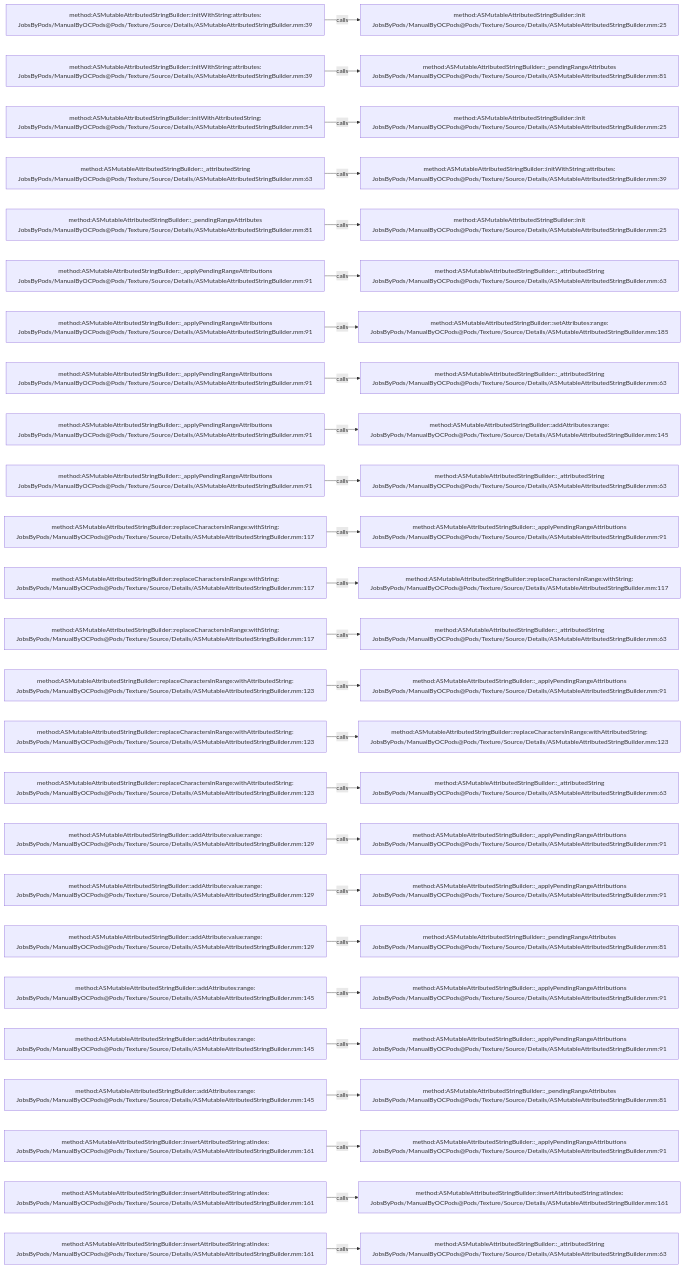
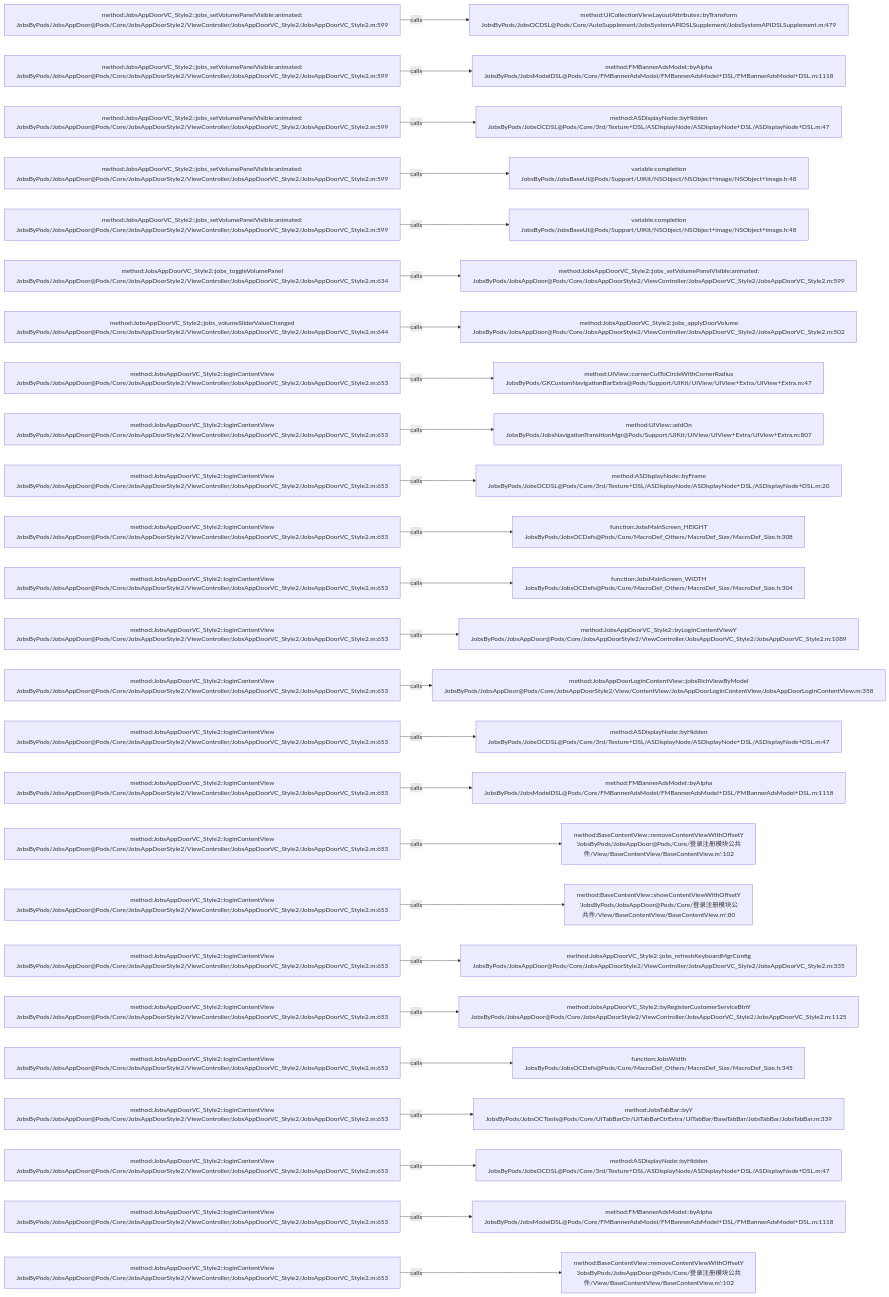
The diagram in .codegraph/codegraph.md/graphs/calls-143.md (JobsKits/JobsOCBaseConfigDemo), drawn with Mermaid before and after one commit. The commit also changed 768 other files, not shown here.

````diff
--- a/.codegraph/codegraph.md/graphs/calls-143.md
+++ b/.codegraph/codegraph.md/graphs/calls-143.md
@@ -13,78 +13,78 @@
 ```mermaid
 flowchart LR
-  S1["method:ASMutableAttributedStringBuilder::initWithString:attributes:<br/>JobsByPods/ManualByOCPods@Pods/Texture/Source/Details/ASMutableAttributedStringBuilder.mm:39"]
-  T1["method:ASMutableAttributedStringBuilder::init<br/>JobsByPods/ManualByOCPods@Pods/Texture/Source/Details/ASMutableAttributedStringBuilder.mm:25"]
+  S1["method:JobsAppDoorVC_Style2::jobs_setVolumePanelVisible:animated:<br/>JobsByPods/JobsAppDoor@Pods/Core/JobsAppDoorStyle2/ViewController/JobsAppDoorVC_Style2/JobsAppDoorVC_Style2.m:599"]
+  T1["method:UICollectionViewLayoutAttributes::byTransform<br/>JobsByPods/JobsOCDSL@Pods/Core/AutoSupplement/JobsSystemAPIDSLSupplement/JobsSystemAPIDSLSupplement.m:479"]
   S1 -->|calls| T1
-  S2["method:ASMutableAttributedStringBuilder::initWithString:attributes:<br/>JobsByPods/ManualByOCPods@Pods/Texture/Source/Details/ASMutableAttributedStringBuilder.mm:39"]
-  T2["method:ASMutableAttributedStringBuilder::_pendingRangeAttributes<br/>JobsByPods/ManualByOCPods@Pods/Texture/Source/Details/ASMutableAttributedStringBuilder.mm:81"]
+  S2["method:JobsAppDoorVC_Style2::jobs_setVolumePanelVisible:animated:<br/>JobsByPods/JobsAppDoor@Pods/Core/JobsAppDoorStyle2/ViewController/JobsAppDoorVC_Style2/JobsAppDoorVC_Style2.m:599"]
+  T2["method:FMBannerAdsModel::byAlpha<br/>JobsByPods/JobsModelDSL@Pods/Core/FMBannerAdsModel/FMBannerAdsModel+DSL/FMBannerAdsModel+DSL.m:1118"]
   S2 -->|calls| T2
-  S3["method:ASMutableAttributedStringBuilder::initWithAttributedString:<br/>JobsByPods/ManualByOCPods@Pods/Texture/Source/Details/ASMutableAttributedStringBuilder.mm:54"]
-  T3["method:ASMutableAttributedStringBuilder::init<br/>JobsByPods/ManualByOCPods@Pods/Texture/Source/Details/ASMutableAttributedStringBuilder.mm:25"]
+  S3["method:JobsAppDoorVC_Style2::jobs_setVolumePanelVisible:animated:<br/>JobsByPods/JobsAppDoor@Pods/Core/JobsAppDoorStyle2/ViewController/JobsAppDoorVC_Style2/JobsAppDoorVC_Style2.m:599"]
+  T3["method:ASDisplayNode::byHidden<br/>JobsByPods/JobsOCDSL@Pods/Core/3rd/Texture+DSL/ASDisplayNode/ASDisplayNode+DSL/ASDisplayNode+DSL.m:47"]
   S3 -->|calls| T3
-  S4["method:ASMutableAttributedStringBuilder::_attributedString<br/>JobsByPods/ManualByOCPods@Pods/Texture/Source/Details/ASMutableAttributedStringBuilder.mm:63"]
-  T4["method:ASMutableAttributedStringBuilder::initWithString:attributes:<br/>JobsByPods/ManualByOCPods@Pods/Texture/Source/Details/ASMutableAttributedStringBuilder.mm:39"]
+  S4["method:JobsAppDoorVC_Style2::jobs_setVolumePanelVisible:animated:<br/>JobsByPods/JobsAppDoor@Pods/Core/JobsAppDoorStyle2/ViewController/JobsAppDoorVC_Style2/JobsAppDoorVC_Style2.m:599"]
+  T4["variable:completion<br/>JobsByPods/JobsBaseUI@Pods/Support/UIKit/NSObject/NSObject+image/NSObject+image.h:48"]
   S4 -->|calls| T4
-  S5["method:ASMutableAttributedStringBuilder::_pendingRangeAttributes<br/>JobsByPods/ManualByOCPods@Pods/Texture/Source/Details/ASMutableAttributedStringBuilder.mm:81"]
-  T5["method:ASMutableAttributedStringBuilder::init<br/>JobsByPods/ManualByOCPods@Pods/Texture/Source/Details/ASMutableAttributedStringBuilder.mm:25"]
+  S5["method:JobsAppDoorVC_Style2::jobs_setVolumePanelVisible:animated:<br/>JobsByPods/JobsAppDoor@Pods/Core/JobsAppDoorStyle2/ViewController/JobsAppDoorVC_Style2/JobsAppDoorVC_Style2.m:599"]
+  T5["variable:completion<br/>JobsByPods/JobsBaseUI@Pods/Support/UIKit/NSObject/NSObject+image/NSObject+image.h:48"]
   S5 -->|calls| T5
-  S6["method:ASMutableAttributedStringBuilder::_applyPendingRangeAttributions<br/>JobsByPods/ManualByOCPods@Pods/Texture/Source/Details/ASMutableAttributedStringBuilder.mm:91"]
-  T6["method:ASMutableAttributedStringBuilder::_attributedString<br/>JobsByPods/ManualByOCPods@Pods/Texture/Source/Details/ASMutableAttributedStringBuilder.mm:63"]
+  S6["method:JobsAppDoorVC_Style2::jobs_toggleVolumePanel<br/>JobsByPods/JobsAppDoor@Pods/Core/JobsAppDoorStyle2/ViewController/JobsAppDoorVC_Style2/JobsAppDoorVC_Style2.m:634"]
+  T6["method:JobsAppDoorVC_Style2::jobs_setVolumePanelVisible:animated:<br/>JobsByPods/JobsAppDoor@Pods/Core/JobsAppDoorStyle2/ViewController/JobsAppDoorVC_Style2/JobsAppDoorVC_Style2.m:599"]
   S6 -->|calls| T6
-  S7["method:ASMutableAttributedStringBuilder::_applyPendingRangeAttributions<br/>JobsByPods/ManualByOCPods@Pods/Texture/Source/Details/ASMutableAttributedStringBuilder.mm:91"]
-  T7["method:ASMutableAttributedStringBuilder::setAttributes:range:<br/>JobsByPods/ManualByOCPods@Pods/Texture/Source/Details/ASMutableAttributedStringBuilder.mm:185"]
+  S7["method:JobsAppDoorVC_Style2::jobs_volumeSliderValueChanged<br/>JobsByPods/JobsAppDoor@Pods/Core/JobsAppDoorStyle2/ViewController/JobsAppDoorVC_Style2/JobsAppDoorVC_Style2.m:644"]
+  T7["method:JobsAppDoorVC_Style2::jobs_applyDoorVolume<br/>JobsByPods/JobsAppDoor@Pods/Core/JobsAppDoorStyle2/ViewController/JobsAppDoorVC_Style2/JobsAppDoorVC_Style2.m:502"]
   S7 -->|calls| T7
-  S8["method:ASMutableAttributedStringBuilder::_applyPendingRangeAttributions<br/>JobsByPods/ManualByOCPods@Pods/Texture/Source/Details/ASMutableAttributedStringBuilder.mm:91"]
-  T8["method:ASMutableAttributedStringBuilder::_attributedString<br/>JobsByPods/ManualByOCPods@Pods/Texture/Source/Details/ASMutableAttributedStringBuilder.mm:63"]
+  S8["method:JobsAppDoorVC_Style2::loginContentView<br/>JobsByPods/JobsAppDoor@Pods/Core/JobsAppDoorStyle2/ViewController/JobsAppDoorVC_Style2/JobsAppDoorVC_Style2.m:653"]
+  T8["method:UIView::cornerCutToCircleWithCornerRadius<br/>JobsByPods/GKCustomNavigationBarExtra@Pods/Support/UIKit/UIView/UIView+Extra/UIView+Extra.m:47"]
   S8 -->|calls| T8
-  S9["method:ASMutableAttributedStringBuilder::_applyPendingRangeAttributions<br/>JobsByPods/ManualByOCPods@Pods/Texture/Source/Details/ASMutableAttributedStringBuilder.mm:91"]
-  T9["method:ASMutableAttributedStringBuilder::addAttributes:range:<br/>JobsByPods/ManualByOCPods@Pods/Texture/Source/Details/ASMutableAttributedStringBuilder.mm:145"]
+  S9["method:JobsAppDoorVC_Style2::loginContentView<br/>JobsByPods/JobsAppDoor@Pods/Core/JobsAppDoorStyle2/ViewController/JobsAppDoorVC_Style2/JobsAppDoorVC_Style2.m:653"]
+  T9["method:UIView::addOn<br/>JobsByPods/JobsNavigationTransitionMgr@Pods/Support/UIKit/UIView/UIView+Extra/UIView+Extra.m:807"]
   S9 -->|calls| T9
-  S10["method:ASMutableAttributedStringBuilder::_applyPendingRangeAttributions<br/>JobsByPods/ManualByOCPods@Pods/Texture/Source/Details/ASMutableAttributedStringBuilder.mm:91"]
-  T10["method:ASMutableAttributedStringBuilder::_attributedString<br/>JobsByPods/ManualByOCPods@Pods/Texture/Source/Details/ASMutableAttributedStringBuilder.mm:63"]
+  S10["method:JobsAppDoorVC_Style2::loginContentView<br/>JobsByPods/JobsAppDoor@Pods/Core/JobsAppDoorStyle2/ViewController/JobsAppDoorVC_Style2/JobsAppDoorVC_Style2.m:653"]
+  T10["method:ASDisplayNode::byFrame<br/>JobsByPods/JobsOCDSL@Pods/Core/3rd/Texture+DSL/ASDisplayNode/ASDisplayNode+DSL/ASDisplayNode+DSL.m:20"]
   S10 -->|calls| T10
-  S11["method:ASMutableAttributedStringBuilder::replaceCharactersInRange:withString:<br/>JobsByPods/ManualByOCPods@Pods/Texture/Source/Details/ASMutableAttributedStringBuilder.mm:117"]
-  T11["method:ASMutableAttributedStringBuilder::_applyPendingRangeAttributions<br/>JobsByPods/ManualByOCPods@Pods/Texture/Source/Details/ASMutableAttributedStringBuilder.mm:91"]
+  S11["method:JobsAppDoorVC_Style2::loginContentView<br/>JobsByPods/JobsAppDoor@Pods/Core/JobsAppDoorStyle2/ViewController/JobsAppDoorVC_Style2/JobsAppDoorVC_Style2.m:653"]
+  T11["function:JobsMainScreen_HEIGHT<br/>JobsByPods/JobsOCDefs@Pods/Core/MacroDef_Others/MacroDef_Size/MacroDef_Size.h:308"]
   S11 -->|calls| T11
-  S12["method:ASMutableAttributedStringBuilder::replaceCharactersInRange:withString:<br/>JobsByPods/ManualByOCPods@Pods/Texture/Source/Details/ASMutableAttributedStringBuilder.mm:117"]
-  T12["method:ASMutableAttributedStringBuilder::replaceCharactersInRange:withString:<br/>JobsByPods/ManualByOCPods@Pods/Texture/Source/Details/ASMutableAttributedStringBuilder.mm:117"]
+  S12["method:JobsAppDoorVC_Style2::loginContentView<br/>JobsByPods/JobsAppDoor@Pods/Core/JobsAppDoorStyle2/ViewController/JobsAppDoorVC_Style2/JobsAppDoorVC_Style2.m:653"]
+  T12["function:JobsMainScreen_WIDTH<br/>JobsByPods/JobsOCDefs@Pods/Core/MacroDef_Others/MacroDef_Size/MacroDef_Size.h:304"]
   S12 -->|calls| T12
-  S13["method:ASMutableAttributedStringBuilder::replaceCharactersInRange:withString:<br/>JobsByPods/ManualByOCPods@Pods/Texture/Source/Details/ASMutableAttributedStringBuilder.mm:117"]
-  T13["method:ASMutableAttributedStringBuilder::_attributedString<br/>JobsByPods/ManualByOCPods@Pods/Texture/Source/Details/ASMutableAttributedStringBuilder.mm:63"]
+  S13["method:JobsAppDoorVC_Style2::loginContentView<br/>JobsByPods/JobsAppDoor@Pods/Core/JobsAppDoorStyle2/ViewController/JobsAppDoorVC_Style2/JobsAppDoorVC_Style2.m:653"]
+  T13["method:JobsAppDoorVC_Style2::byLoginContentViewY<br/>JobsByPods/JobsAppDoor@Pods/Core/JobsAppDoorStyle2/ViewController/JobsAppDoorVC_Style2/JobsAppDoorVC_Style2.m:1089"]
   S13 -->|calls| T13
-  S14["method:ASMutableAttributedStringBuilder::replaceCharactersInRange:withAttributedString:<br/>JobsByPods/ManualByOCPods@Pods/Texture/Source/Details/ASMutableAttributedStringBuilder.mm:123"]
-  T14["method:ASMutableAttributedStringBuilder::_applyPendingRangeAttributions<br/>JobsByPods/ManualByOCPods@Pods/Texture/Source/Details/ASMutableAttributedStringBuilder.mm:91"]
+  S14["method:JobsAppDoorVC_Style2::loginContentView<br/>JobsByPods/JobsAppDoor@Pods/Core/JobsAppDoorStyle2/ViewController/JobsAppDoorVC_Style2/JobsAppDoorVC_Style2.m:653"]
+  T14["method:JobsAppDoorLoginContentView::jobsRichViewByModel<br/>JobsByPods/JobsAppDoor@Pods/Core/JobsAppDoorStyle2/View/ContentView/JobsAppDoorLoginContentView/JobsAppDoorLoginContentView.m:358"]
   S14 -->|calls| T14
-  S15["method:ASMutableAttributedStringBuilder::replaceCharactersInRange:withAttributedString:<br/>JobsByPods/ManualByOCPods@Pods/Texture/Source/Details/ASMutableAttributedStringBuilder.mm:123"]
-  T15["method:ASMutableAttributedStringBuilder::replaceCharactersInRange:withAttributedString:<br/>JobsByPods/ManualByOCPods@Pods/Texture/Source/Details/ASMutableAttributedStringBuilder.mm:123"]
+  S15["method:JobsAppDoorVC_Style2::loginContentView<br/>JobsByPods/JobsAppDoor@Pods/Core/JobsAppDoorStyle2/ViewController/JobsAppDoorVC_Style2/JobsAppDoorVC_Style2.m:653"]
+  T15["method:ASDisplayNode::byHidden<br/>JobsByPods/JobsOCDSL@Pods/Core/3rd/Texture+DSL/ASDisplayNode/ASDisplayNode+DSL/ASDisplayNode+DSL.m:47"]
   S15 -->|calls| T15
-  S16["method:ASMutableAttributedStringBuilder::replaceCharactersInRange:withAttributedString:<br/>JobsByPods/ManualByOCPods@Pods/Texture/Source/Details/ASMutableAttributedStringBuilder.mm:123"]
-  T16["method:ASMutableAttributedStringBuilder::_attributedString<br/>JobsByPods/ManualByOCPods@Pods/Texture/Source/Details/ASMutableAttributedStringBuilder.mm:63"]
+  S16["method:JobsAppDoorVC_Style2::loginContentView<br/>JobsByPods/JobsAppDoor@Pods/Core/JobsAppDoorStyle2/ViewController/JobsAppDoorVC_Style2/JobsAppDoorVC_Style2.m:653"]
+  T16["method:FMBannerAdsModel::byAlpha<br/>JobsByPods/JobsModelDSL@Pods/Core/FMBannerAdsModel/FMBannerAdsModel+DSL/FMBannerAdsModel+DSL.m:1118"]
   S16 -->|calls| T16
-  S17["method:ASMutableAttributedStringBuilder::addAttribute:value:range:<br/>JobsByPods/ManualByOCPods@Pods/Texture/Source/Details/ASMutableAttributedStringBuilder.mm:129"]
-  T17["method:ASMutableAttributedStringBuilder::_applyPendingRangeAttributions<br/>JobsByPods/ManualByOCPods@Pods/Texture/Source/Details/ASMutableAttributedStringBuilder.mm:91"]
+  S17["method:JobsAppDoorVC_Style2::loginContentView<br/>JobsByPods/JobsAppDoor@Pods/Core/JobsAppDoorStyle2/ViewController/JobsAppDoorVC_Style2/JobsAppDoorVC_Style2.m:653"]
+  T17["method:BaseContentView::removeContentViewWithOffsetY<br/>'JobsByPods/JobsAppDoor@Pods/Core/登录注册模块公共件/View/BaseContentView/BaseContentView.m':102"]
   S17 -->|calls| T17
-  S18["method:ASMutableAttributedStringBuilder::addAttribute:value:range:<br/>JobsByPods/ManualByOCPods@Pods/Texture/Source/Details/ASMutableAttributedStringBuilder.mm:129"]
-  T18["method:ASMutableAttributedStringBuilder::_applyPendingRangeAttributions<br/>JobsByPods/ManualByOCPods@Pods/Texture/Source/Details/ASMutableAttributedStringBuilder.mm:91"]
+  S18["method:JobsAppDoorVC_Style2::loginContentView<br/>JobsByPods/JobsAppDoor@Pods/Core/JobsAppDoorStyle2/ViewController/JobsAppDoorVC_Style2/JobsAppDoorVC_Style2.m:653"]
+  T18["method:BaseContentView::showContentViewWithOffsetY<br/>'JobsByPods/JobsAppDoor@Pods/Core/登录注册模块公共件/View/BaseContentView/BaseContentView.m':80"]
   S18 -->|calls| T18
-  S19["method:ASMutableAttributedStringBuilder::addAttribute:value:range:<br/>JobsByPods/ManualByOCPods@Pods/Texture/Source/Details/ASMutableAttributedStringBuilder.mm:129"]
-  T19["method:ASMutableAttributedStringBuilder::_pendingRangeAttributes<br/>JobsByPods/ManualByOCPods@Pods/Texture/Source/Details/ASMutableAttributedStringBuilder.mm:81"]
+  S19["method:JobsAppDoorVC_Style2::loginContentView<br/>JobsByPods/JobsAppDoor@Pods/Core/JobsAppDoorStyle2/ViewController/JobsAppDoorVC_Style2/JobsAppDoorVC_Style2.m:653"]
+  T19["method:JobsAppDoorVC_Style2::jobs_refreshKeyboardMgrConfig<br/>JobsByPods/JobsAppDoor@Pods/Core/JobsAppDoorStyle2/ViewController/JobsAppDoorVC_Style2/JobsAppDoorVC_Style2.m:335"]
   S19 -->|calls| T19
-  S20["method:ASMutableAttributedStringBuilder::addAttributes:range:<br/>JobsByPods/ManualByOCPods@Pods/Texture/Source/Details/ASMutableAttributedStringBuilder.mm:145"]
-  T20["method:ASMutableAttributedStringBuilder::_applyPendingRangeAttributions<br/>JobsByPods/ManualByOCPods@Pods/Texture/Source/Details/ASMutableAttributedStringBuilder.mm:91"]
+  S20["method:JobsAppDoorVC_Style2::loginContentView<br/>JobsByPods/JobsAppDoor@Pods/Core/JobsAppDoorStyle2/ViewController/JobsAppDoorVC_Style2/JobsAppDoorVC_Style2.m:653"]
+  T20["method:JobsAppDoorVC_Style2::byRegisterCustomerServiceBtnY<br/>JobsByPods/JobsAppDoor@Pods/Core/JobsAppDoorStyle2/ViewController/JobsAppDoorVC_Style2/JobsAppDoorVC_Style2.m:1125"]
   S20 -->|calls| T20
-  S21["method:ASMutableAttributedStringBuilder::addAttributes:range:<br/>JobsByPods/ManualByOCPods@Pods/Texture/Source/Details/ASMutableAttributedStringBuilder.mm:145"]
-  T21["method:ASMutableAttributedStringBuilder::_applyPendingRangeAttributions<br/>JobsByPods/ManualByOCPods@Pods/Texture/Source/Details/ASMutableAttributedStringBuilder.mm:91"]
+  S21["method:JobsAppDoorVC_Style2::loginContentView<br/>JobsByPods/JobsAppDoor@Pods/Core/JobsAppDoorStyle2/ViewController/JobsAppDoorVC_Style2/JobsAppDoorVC_Style2.m:653"]
+  T21["function:JobsWidth<br/>JobsByPods/JobsOCDefs@Pods/Core/MacroDef_Others/MacroDef_Size/MacroDef_Size.h:345"]
   S21 -->|calls| T21
-  S22["method:ASMutableAttributedStringBuilder::addAttributes:range:<br/>JobsByPods/ManualByOCPods@Pods/Texture/Source/Details/ASMutableAttributedStringBuilder.mm:145"]
-  T22["method:ASMutableAttributedStringBuilder::_pendingRangeAttributes<br/>JobsByPods/ManualByOCPods@Pods/Texture/Source/Details/ASMutableAttributedStringBuilder.mm:81"]
+  S22["method:JobsAppDoorVC_Style2::loginContentView<br/>JobsByPods/JobsAppDoor@Pods/Core/JobsAppDoorStyle2/ViewController/JobsAppDoorVC_Style2/JobsAppDoorVC_Style2.m:653"]
+  T22["method:JobsTabBar::byY<br/>JobsByPods/JobsOCTools@Pods/Core/UITabBarCtr/UITabBarCtrExtra/UITabBar/BaseTabBar/JobsTabBar/JobsTabBar.m:339"]
   S22 -->|calls| T22
-  S23["method:ASMutableAttributedStringBuilder::insertAttributedString:atIndex:<br/>JobsByPods/ManualByOCPods@Pods/Texture/Source/Details/ASMutableAttributedStringBuilder.mm:161"]
-  T23["method:ASMutableAttributedStringBuilder::_applyPendingRangeAttributions<br/>JobsByPods/ManualByOCPods@Pods/Texture/Source/Details/ASMutableAttributedStringBuilder.mm:91"]
+  S23["method:JobsAppDoorVC_Style2::loginContentView<br/>JobsByPods/JobsAppDoor@Pods/Core/JobsAppDoorStyle2/ViewController/JobsAppDoorVC_Style2/JobsAppDoorVC_Style2.m:653"]
+  T23["method:ASDisplayNode::byHidden<br/>JobsByPods/JobsOCDSL@Pods/Core/3rd/Texture+DSL/ASDisplayNode/ASDisplayNode+DSL/ASDisplayNode+DSL.m:47"]
   S23 -->|calls| T23
-  S24["method:ASMutableAttributedStringBuilder::insertAttributedString:atIndex:<br/>JobsByPods/ManualByOCPods@Pods/Texture/Source/Details/ASMutableAttributedStringBuilder.mm:161"]
-  T24["method:ASMutableAttributedStringBuilder::insertAttributedString:atIndex:<br/>JobsByPods/ManualByOCPods@Pods/Texture/Source/Details/ASMutableAttributedStringBuilder.mm:161"]
+  S24["method:JobsAppDoorVC_Style2::loginContentView<br/>JobsByPods/JobsAppDoor@Pods/Core/JobsAppDoorStyle2/ViewController/JobsAppDoorVC_Style2/JobsAppDoorVC_Style2.m:653"]
+  T24["method:FMBannerAdsModel::byAlpha<br/>JobsByPods/JobsModelDSL@Pods/Core/FMBannerAdsModel/FMBannerAdsModel+DSL/FMBannerAdsModel+DSL.m:1118"]
   S24 -->|calls| T24
-  S25["method:ASMutableAttributedStringBuilder::insertAttributedString:atIndex:<br/>JobsByPods/ManualByOCPods@Pods/Texture/Source/Details/ASMutableAttributedStringBuilder.mm:161"]
-  T25["method:ASMutableAttributedStringBuilder::_attributedString<br/>JobsByPods/ManualByOCPods@Pods/Texture/Source/Details/ASMutableAttributedStringBuilder.mm:63"]
+  S25["method:JobsAppDoorVC_Style2::loginContentView<br/>JobsByPods/JobsAppDoor@Pods/Core/JobsAppDoorStyle2/ViewController/JobsAppDoorVC_Style2/JobsAppDoorVC_Style2.m:653"]
+  T25["method:BaseContentView::removeContentViewWithOffsetY<br/>'JobsByPods/JobsAppDoor@Pods/Core/登录注册模块公共件/View/BaseContentView/BaseContentView.m':102"]
   S25 -->|calls| T25
 ```
````
